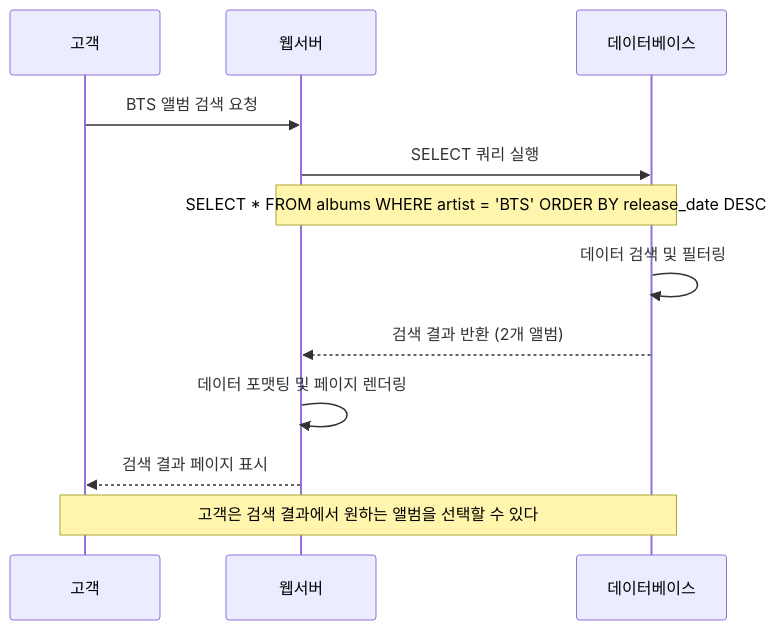
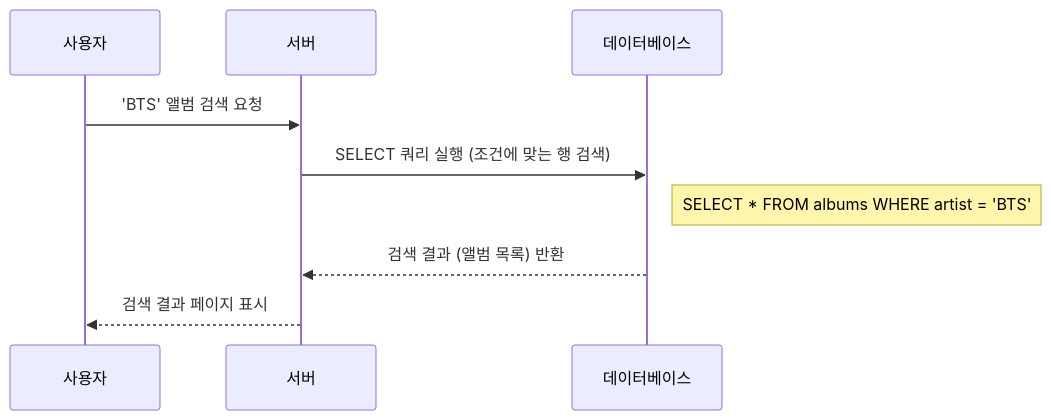
Before and after one commit to hanaoverride/data-scientist-cookbook-for-korean: the second of 5 diagrams in Chapter I. 기반지식 학습/1. 기초 CS 이론/1. IT 리터러시/3. 데이터베이스와 REST API.md, drawn with Mermaid. The commit also changed other lines of this file and 132 other files, not shown here.

````diff
--- a/Chapter I. 기반지식 학습/1. 기초 CS 이론/1. IT 리터러시/3. 데이터베이스와 REST API.md
+++ b/Chapter I. 기반지식 학습/1. 기초 CS 이론/1. IT 리터러시/3. 데이터베이스와 REST API.md
@@ -118,21 +70,12 @@
 ```mermaid
 sequenceDiagram
-    participant C as 고객
-    participant S as 웹서버
+    participant User as 사용자
+    participant Server as 서버
     participant DB as 데이터베이스
     
-    C->>S: BTS 앨범 검색 요청
-    
-    S->>DB: SELECT 쿼리 실행
-    Note over S,DB: SELECT * FROM albums WHERE artist = 'BTS' ORDER BY release_date DESC
-    
-    DB->>DB: 데이터 검색 및 필터링
-    
-    DB-->>S: 검색 결과 반환 (2개 앨범)
-    
-    S->>S: 데이터 포맷팅 및 페이지 렌더링
-    
-    S-->>C: 검색 결과 페이지 표시
-    
-    Note over C,DB: 고객은 검색 결과에서 원하는 앨범을 선택할 수 있다
+    User->>Server: 'BTS' 앨범 검색 요청
+    Server->>DB: SELECT 쿼리 실행 (조건에 맞는 행 검색)
+    Note right of DB: SELECT * FROM albums WHERE artist = 'BTS';
+    DB-->>Server: 검색 결과 (앨범 목록) 반환
+    Server-->>User: 검색 결과 페이지 표시
 ```
````
